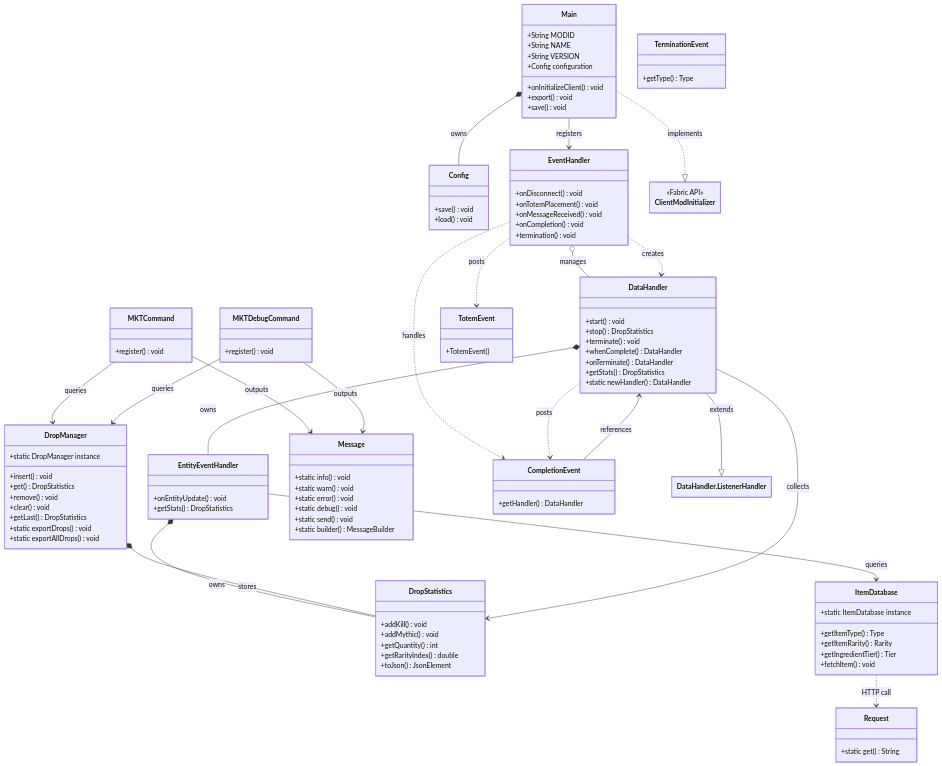
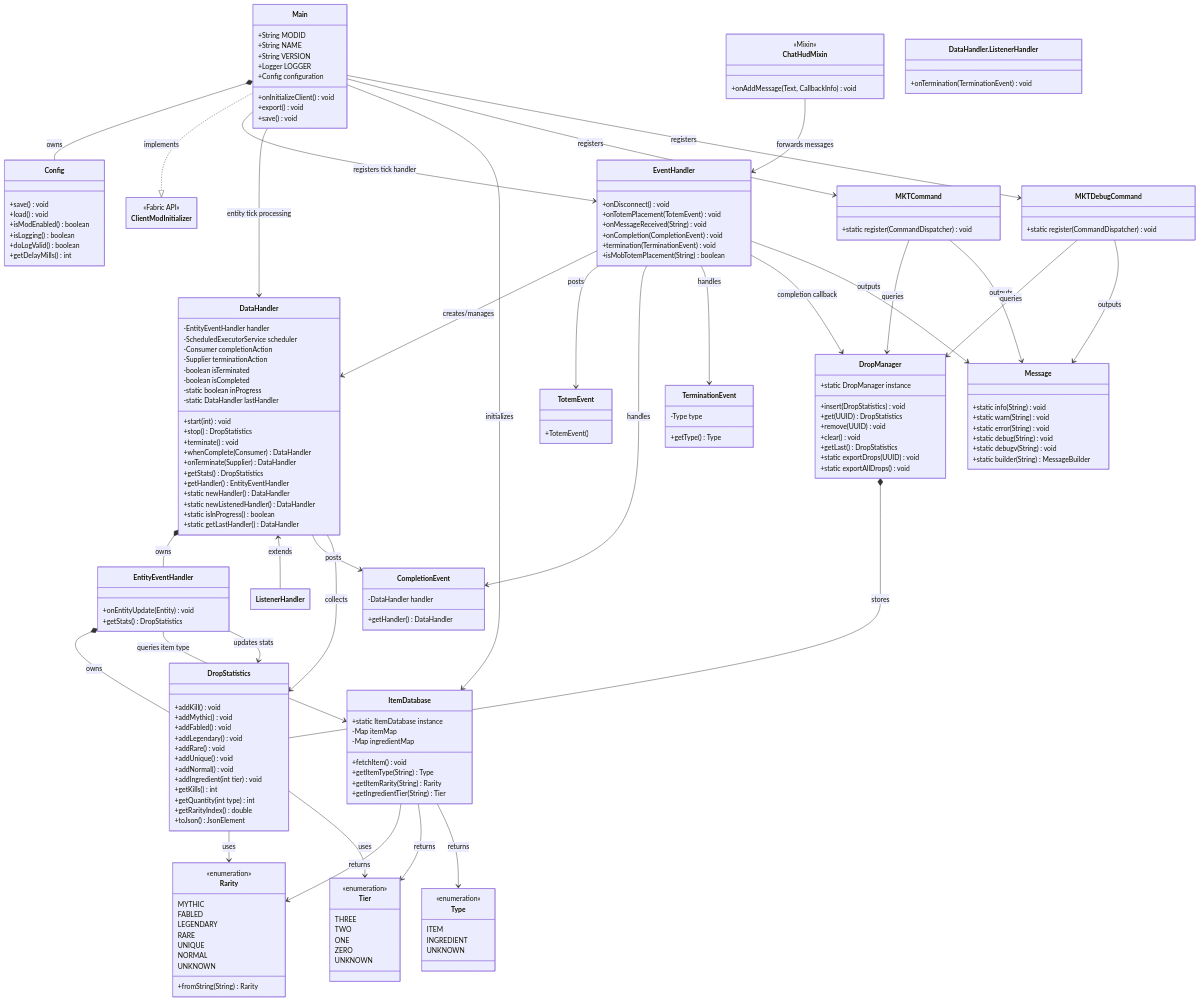
One commit to FAZuH/MobKillTrackerv3 changed the diagram in docs/diagrams/architecture-class.mmd. Above: the diagram before and after it, drawn with Mermaid. The commit also changed 5 other files, not shown here.

```diff
--- a/docs/diagrams/architecture-class.mmd
+++ b/docs/diagrams/architecture-class.mmd
@@ -8,6 +8,7 @@
         +String MODID
         +String NAME
         +String VERSION
+        +Logger LOGGER
         +Config configuration
         +onInitializeClient() void
         +export() void
@@ -17,73 +18,108 @@
     class Config {
         +save() void
         +load() void
+        +isModEnabled() boolean
+        +isLogging() boolean
+        +doLogValid() boolean
+        +getDelayMills() int
+    }
+
+    class ChatHudMixin {
+        <<Mixin>>
+        +onAddMessage(Text, CallbackInfo) void
     }
 
     class EventHandler {
         +onDisconnect() void
-        +onTotemPlacement() void
-        +onMessageReceived() void
-        +onCompletion() void
-        +termination() void
+        +onTotemPlacement(TotemEvent) void
+        +onMessageReceived(String) void
+        +onCompletion(CompletionEvent) void
+        +termination(TerminationEvent) void
+        +isMobTotemPlacement(String) boolean
     }
 
     class EntityEventHandler {
-        +onEntityUpdate() void
+        +onEntityUpdate(Entity) void
         +getStats() DropStatistics
     }
 
     class DataHandler {
-        +start() void
+        -EntityEventHandler handler
+        -ScheduledExecutorService scheduler
+        -Consumer completionAction
+        -Supplier terminationAction
+        -boolean isTerminated
+        -boolean isCompleted
+        -static boolean inProgress
+        -static DataHandler lastHandler
+        +start(int) void
         +stop() DropStatistics
         +terminate() void
-        +whenComplete() DataHandler
-        +onTerminate() DataHandler
+        +whenComplete(Consumer) DataHandler
+        +onTerminate(Supplier) DataHandler
         +getStats() DropStatistics
+        +getHandler() EntityEventHandler
         +static newHandler() DataHandler
+        +static newListenedHandler() DataHandler
+        +static isInProgress() boolean
+        +static getLastHandler() DataHandler
+    }
+
+    class DataHandler.ListenerHandler {
+        +onTermination(TerminationEvent) void
     }
 
     class DropStatistics {
         +addKill() void
         +addMythic() void
-        +getQuantity() int
+        +addFabled() void
+        +addLegendary() void
+        +addRare() void
+        +addUnique() void
+        +addNormal() void
+        +addIngredient(int tier) void
+        +getKills() int
+        +getQuantity(int type) int
         +getRarityIndex() double
         +toJson() JsonElement
     }
 
     class DropManager {
         +static DropManager instance
-        +insert() void
-        +get() DropStatistics
-        +remove() void
+        +insert(DropStatistics) void
+        +get(UUID) DropStatistics
+        +remove(UUID) void
         +clear() void
         +getLast() DropStatistics
-        +static exportDrops() void
+        +static exportDrops(UUID) void
         +static exportAllDrops() void
     }
 
     class ItemDatabase {
         +static ItemDatabase instance
-        +getItemType() Type
-        +getItemRarity() Rarity
-        +getIngredientTier() Tier
+        -Map itemMap
+        -Map ingredientMap
         +fetchItem() void
+        +getItemType(String) Type
+        +getItemRarity(String) Rarity
+        +getIngredientTier(String) Tier
     }
 
     class MKTCommand {
-        +register() void
+        +static register(CommandDispatcher) void
     }
 
     class MKTDebugCommand {
-        +register() void
+        +static register(CommandDispatcher) void
     }
 
     class Message {
-        +static info() void
-        +static warn() void
-        +static error() void
-        +static debug() void
-        +static send() void
-        +static builder() MessageBuilder
+        +static info(String) void
+        +static warn(String) void
+        +static error(String) void
+        +static debug(String) void
+        +static debugv(String) void
+        +static builder(String) MessageBuilder
     }
 
     class TotemEvent {
@@ -91,10 +127,12 @@
     }
 
     class CompletionEvent {
+        -DataHandler handler
         +getHandler() DataHandler
     }
 
     class TerminationEvent {
+        -Type type
         +getType() Type
     }
 
@@ -102,32 +140,70 @@
         <<Fabric API>>
     }
 
-    class Request {
-        +static get() String
+    class Rarity {
+        <<enumeration>>
+        MYTHIC
+        FABLED
+        LEGENDARY
+        RARE
+        UNIQUE
+        NORMAL
+        UNKNOWN
+        +fromString(String) Rarity
+    }
+
+    class Tier {
+        <<enumeration>>
+        THREE
+        TWO
+        ONE
+        ZERO
+        UNKNOWN
+    }
+
+    class Type {
+        <<enumeration>>
+        ITEM
+        INGREDIENT
+        UNKNOWN
     }
 
     Main *-- Config : owns
     DataHandler *-- EntityEventHandler : owns
     EntityEventHandler *-- DropStatistics : owns
     DropManager *-- DropStatistics : stores
-
-    EventHandler o-- DataHandler : manages
-
-    DataHandler --|> DataHandler.ListenerHandler : extends
+    DataHandler <-- ListenerHandler : extends
 
     Main ..|> ClientModInitializer : implements
+    Main --> EventHandler : registers tick handler
+    Main --> DataHandler : entity tick processing
+    Main --> ItemDatabase : initializes
+    Main --> MKTCommand : registers
+    Main --> MKTDebugCommand : registers
 
-    Main --> EventHandler : registers
-    EntityEventHandler --> ItemDatabase : queries
+    ChatHudMixin --> EventHandler : forwards messages
+
+    EventHandler --> DataHandler : creates/manages
+    EventHandler --> TotemEvent : posts
+    EventHandler --> CompletionEvent : handles
+    EventHandler --> TerminationEvent : handles
+    EventHandler --> DropManager : completion callback
+    EventHandler --> Message : outputs
+
+    DataHandler --> CompletionEvent : posts
     DataHandler --> DropStatistics : collects
+
+    EntityEventHandler --> ItemDatabase : queries item type
+    EntityEventHandler --> DropStatistics : updates stats
+
     MKTCommand --> DropManager : queries
     MKTCommand --> Message : outputs
     MKTDebugCommand --> DropManager : queries
     MKTDebugCommand --> Message : outputs
-    CompletionEvent --> DataHandler : references
 
-    EventHandler ..> DataHandler : creates
-    EventHandler ..> TotemEvent : posts
-    EventHandler ..> CompletionEvent : handles
-    DataHandler ..> CompletionEvent : posts
-    ItemDatabase ..> Request : HTTP call
+    ItemDatabase --> Rarity : returns
+    ItemDatabase --> Tier : returns
+    ItemDatabase --> Type : returns
+
+    DropStatistics --> Rarity : uses
+    DropStatistics --> Tier : uses
```
